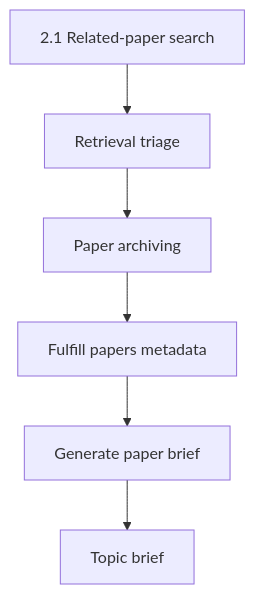
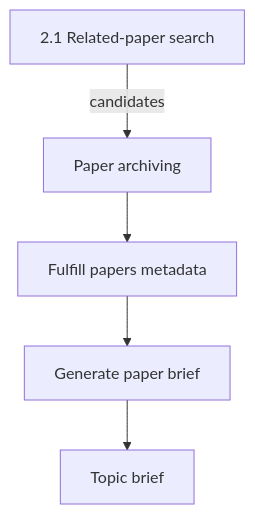
Before and after one commit to GustavoRusso/paper-reviewer: the diagram in docs/specs/05-paper-archiving.md, drawn with Mermaid. The commit also changed other lines of this file and 30 other files, not shown here.

Commit message:
Removed ingest retrieval triage

````diff
--- a/docs/specs/05-paper-archiving.md
+++ b/docs/specs/05-paper-archiving.md
@@ -50,14 +49,12 @@
 ```mermaid
 flowchart TB
   search[2.1 Related-paper search]
-  triage[Retrieval triage]
   archive[Paper archiving]
   fulfill[Fulfill papers metadata]
   briefs[Generate paper brief]
   topic[Topic brief]
-  search --> triage
-  triage --> archive
+  search -->|"candidates"| archive
   archive --> fulfill
   fulfill --> briefs
   briefs --> topic
 ```
````
